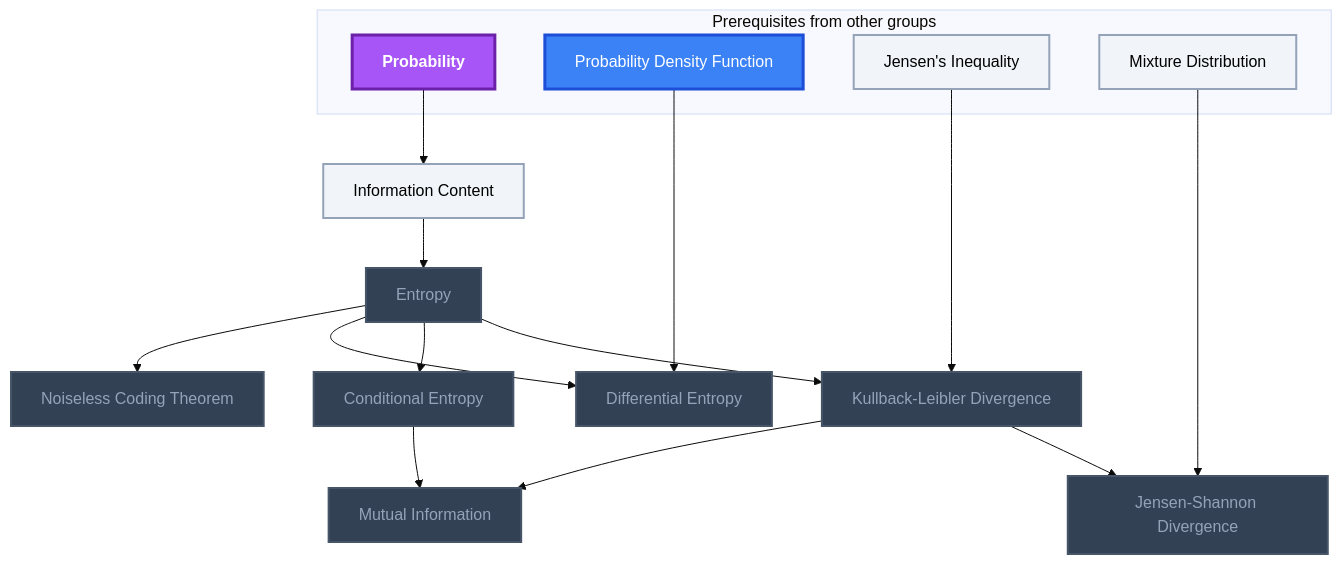
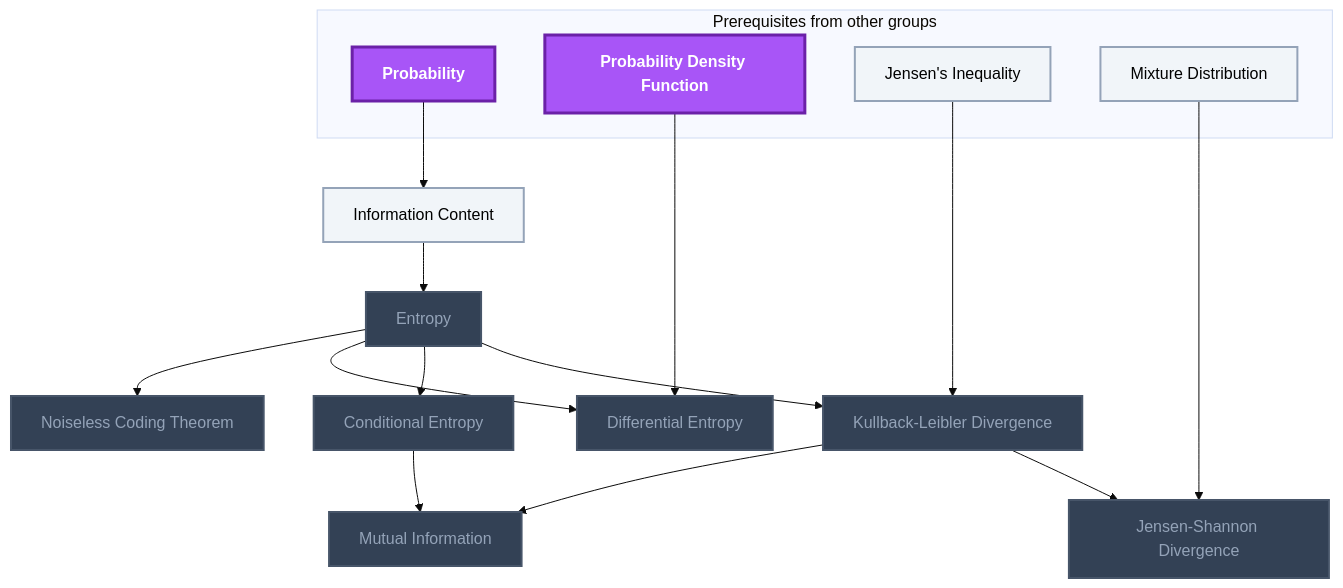
One commit to MRauf1/My-Notes changed the fifth of 9 diagrams in Gamification/Skill Trees/Machine Learning.md. Above: the diagram before and after it, drawn with Mermaid (base theme). The commit also changed 73 other files, not shown here.

````diff
--- a/Gamification/Skill Trees/Machine Learning.md
+++ b/Gamification/Skill Trees/Machine Learning.md
@@ -208,43 +208,42 @@
 ```mermaid
 flowchart TD
     classDef planned fill:#1E293B,stroke:#64748B,stroke-width:2px,stroke-dasharray:5 5,color:#94A3B8;
     classDef locked fill:#334155,stroke:#475569,stroke-width:2px,color:#94A3B8;
     classDef L0 fill:#F1F5F9,stroke:#94A3B8,stroke-width:2px,color:#000000;
     classDef L1 fill:#22C55E,stroke:#15803D,stroke-width:2px,color:#000000;
     classDef L2 fill:#3B82F6,stroke:#1D4ED8,stroke-width:3px,color:#FFFFFF;
     classDef L3 fill:#A855F7,stroke:#6B21A8,stroke-width:3px,color:#FFFFFF,font-weight:bold;
     classDef L4 fill:#F97316,stroke:#C2410C,stroke-width:4px,color:#000000,font-weight:bold;
     classDef L5 fill:#FFD700,stroke:#FF8C00,stroke-width:5px,color:#000000,font-weight:bold;
     classDef rusty stroke:#8B4513,stroke-width:4px,stroke-dasharray:3 3;
     subgraph sg_prereqs["Prerequisites from other groups"]
         n_probability["Probability"]
         n_probability_density_function["Probability Density Function"]
         n_jensen_s_inequality["Jensen's Inequality"]
         n_mixture_distribution["Mixture Distribution"]
     end
     n_information_content["Information Content"]
     n_entropy["Entropy"]
     n_noiseless_coding_theorem["Noiseless Coding Theorem"]
     n_differential_entropy["Differential Entropy"]
     n_conditional_entropy["Conditional Entropy"]
     n_kullback_leibler_divergence["Kullback-Leibler Divergence"]
     n_mutual_information["Mutual Information"]
     n_jensen_shannon_divergence["Jensen-Shannon Divergence"]
     n_probability --> n_information_content
     n_information_content --> n_entropy
     n_entropy --> n_noiseless_coding_theorem
     n_entropy --> n_differential_entropy
     n_probability_density_function --> n_differential_entropy
     n_entropy --> n_conditional_entropy
     n_entropy --> n_kullback_leibler_divergence
     n_jensen_s_inequality --> n_kullback_leibler_divergence
     n_kullback_leibler_divergence --> n_mutual_information
     n_conditional_entropy --> n_mutual_information
     n_kullback_leibler_divergence --> n_jensen_shannon_divergence
     n_mixture_distribution --> n_jensen_shannon_divergence
     class n_entropy,n_noiseless_coding_theorem,n_differential_entropy,n_conditional_entropy,n_kullback_leibler_divergence,n_mutual_information,n_jensen_shannon_divergence locked;
     class n_jensen_s_inequality,n_mixture_distribution,n_information_content L0;
-    class n_probability_density_function L2;
-    class n_probability L3;
+    class n_probability,n_probability_density_function L3;
     class n_probability,n_probability_density_function,n_jensen_s_inequality,n_mixture_distribution,n_information_content,n_entropy,n_noiseless_coding_theorem,n_differential_entropy,n_conditional_entropy,n_kullback_leibler_divergence,n_mutual_information,n_jensen_shannon_divergence internal-link;
 ```
````
